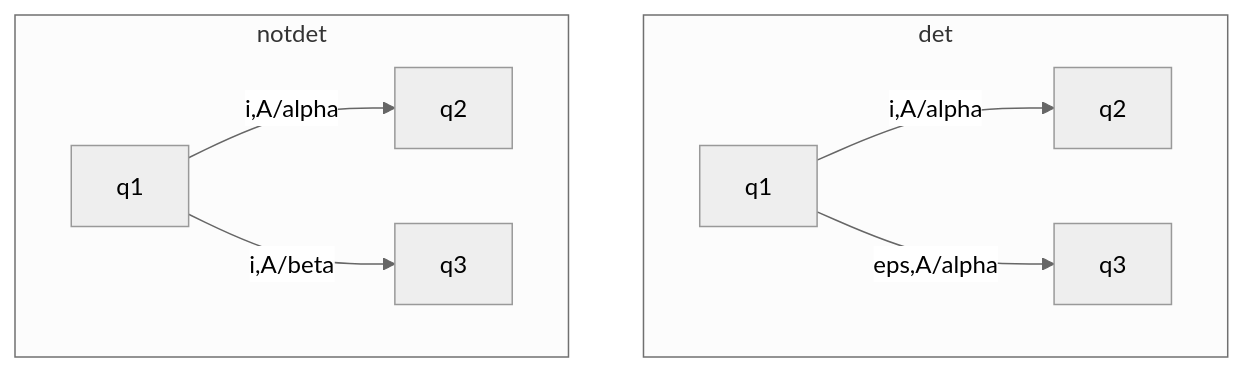
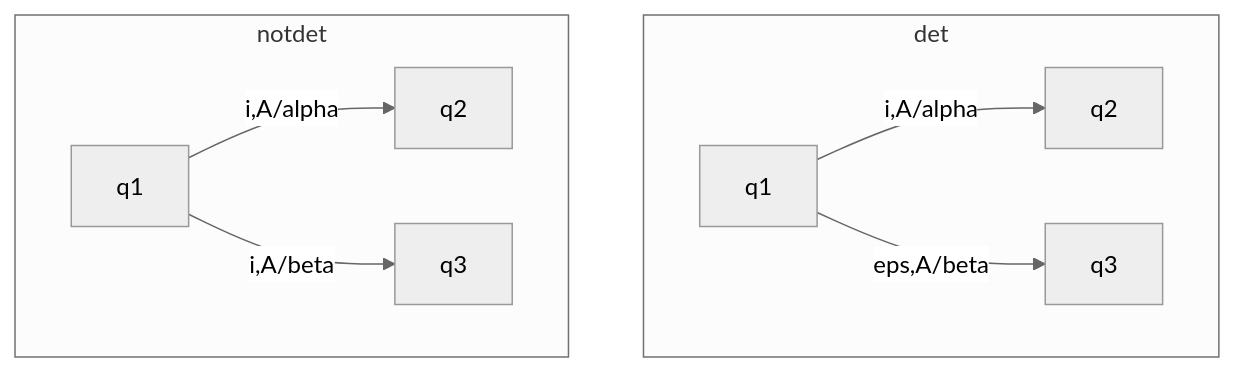
The diagram in API/Modelli operazionali/Automa a pila.md (ErenKyojin/polimi-ing-info), drawn with Mermaid (neutral theme) before and after one commit. The commit also changed 3 other files, not shown here.

````diff
--- a/API/Modelli operazionali/Automa a pila.md
+++ b/API/Modelli operazionali/Automa a pila.md
@@ -113,11 +113,11 @@
 ```mermaid
 graph TB
 	subgraph det
 	q1 -->|i,A/alpha| q2
-	q1 -->|eps,A/alpha| q3
+	q1 -->|eps,A/beta| q3
 	end
 	subgraph notdet
 	vq1[q1] -->|i,A/alpha| vq2[q2]
 	vq1 -->|i,A/beta| vq3[q3]
 	end
 ```
````
